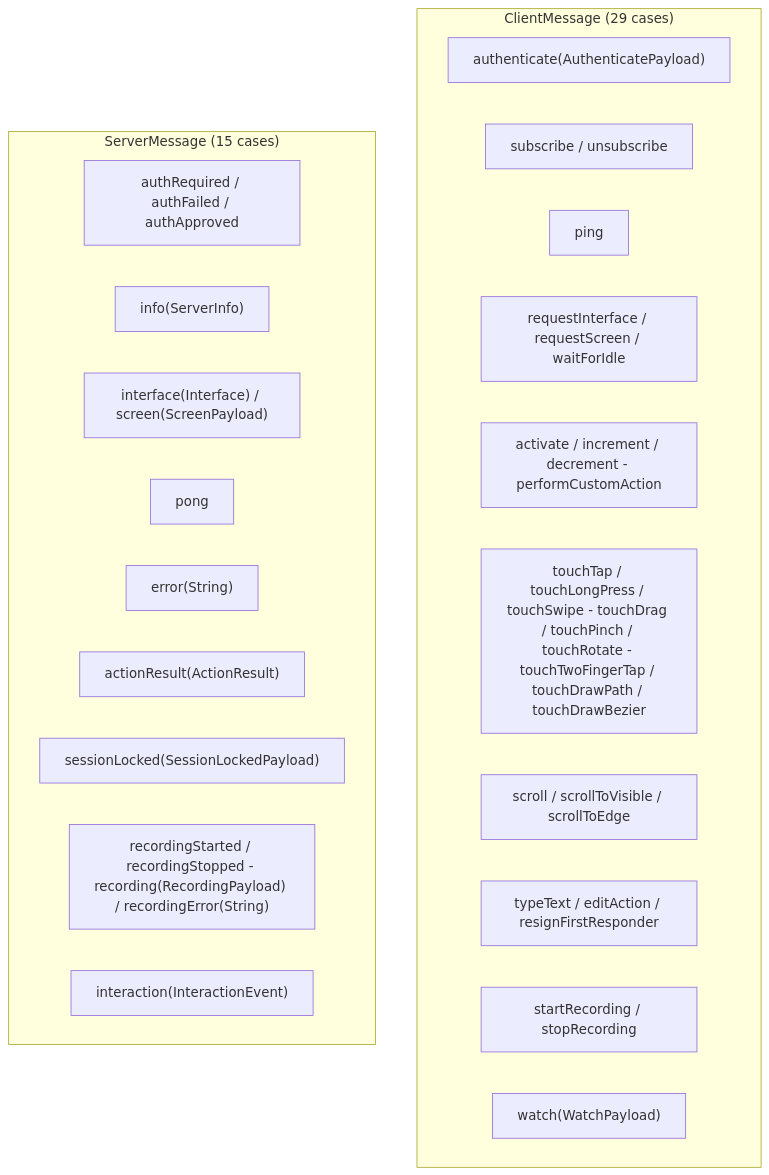
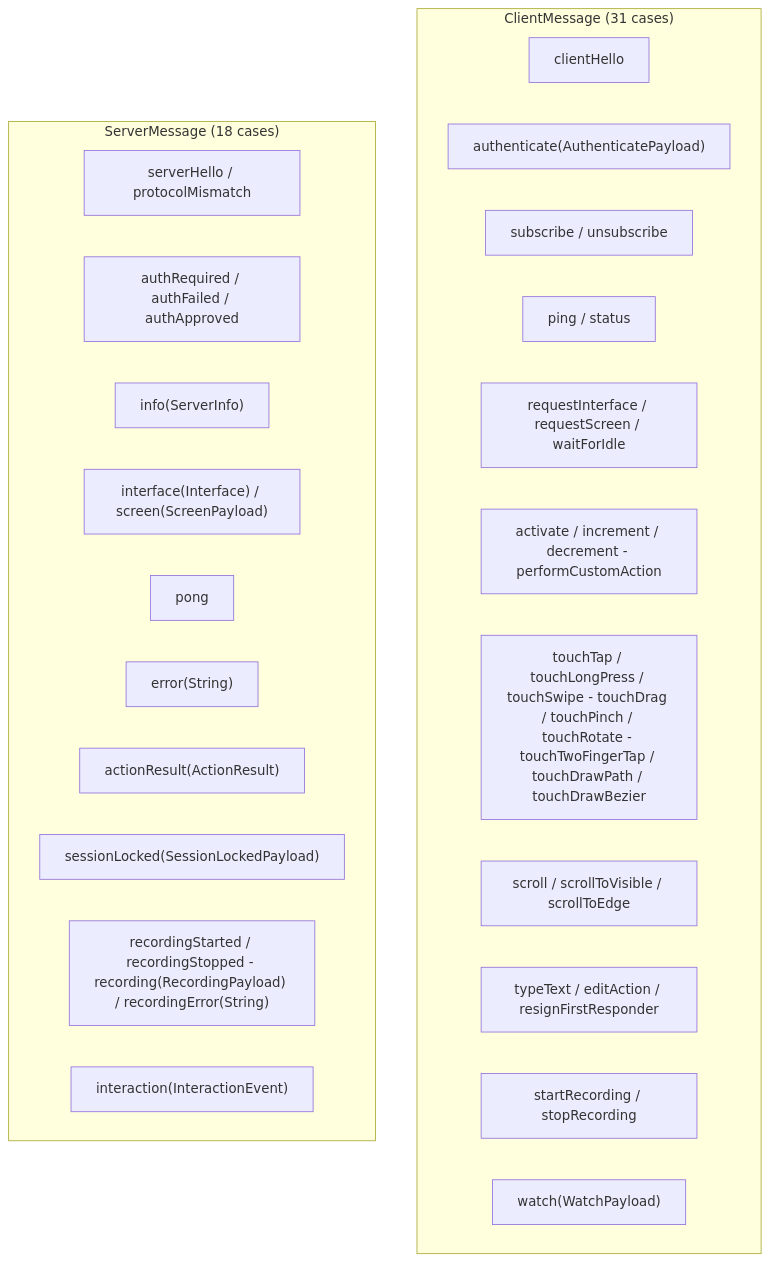
The second of 3 diagrams in docs/dossiers/01-THESCORE.md (RoyalPineapple/TheButtonHeist), drawn with Mermaid before and after one commit. The commit also changed other lines of this file and 30 other files, not shown here.

````diff
--- a/docs/dossiers/01-THESCORE.md
+++ b/docs/dossiers/01-THESCORE.md
@@ -53,27 +53,29 @@
 ```mermaid
 graph TD
-    subgraph ClientMessages["ClientMessage (29 cases)"]
+    subgraph ClientMessages["ClientMessage (31 cases)"]
+        Hello["clientHello"]
         Auth["authenticate(AuthenticatePayload)"]
         Sub["subscribe / unsubscribe"]
-        Ping["ping"]
+        Ping["ping / status"]
         Query["requestInterface / requestScreen / waitForIdle"]
         Actions["activate / increment / decrement - performCustomAction"]
         Touch["touchTap / touchLongPress / touchSwipe - touchDrag / touchPinch / touchRotate - touchTwoFingerTap / touchDrawPath / touchDrawBezier"]
         Scroll["scroll / scrollToVisible / scrollToEdge"]
         Text["typeText / editAction / resignFirstResponder"]
         Recording["startRecording / stopRecording"]
         Watch["watch(WatchPayload)"]
     end
 
-    subgraph ServerMessages["ServerMessage (15 cases)"]
+    subgraph ServerMessages["ServerMessage (18 cases)"]
+        HelloResp["serverHello / protocolMismatch"]
         AuthResp["authRequired / authFailed / authApproved"]
         Info["info(ServerInfo)"]
         Data["interface(Interface) / screen(ScreenPayload)"]
         Pong["pong"]
         Error["error(String)"]
         Action["actionResult(ActionResult)"]
         Session["sessionLocked(SessionLockedPayload)"]
         Rec["recordingStarted / recordingStopped - recording(RecordingPayload) / recordingError(String)"]
         Interaction["interaction(InteractionEvent)"]
     end
 ```
````
